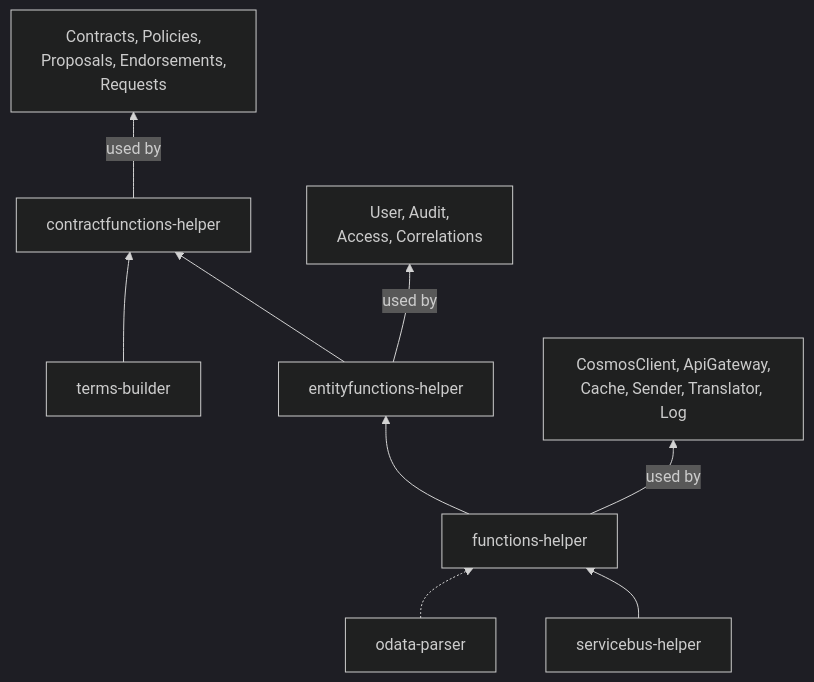
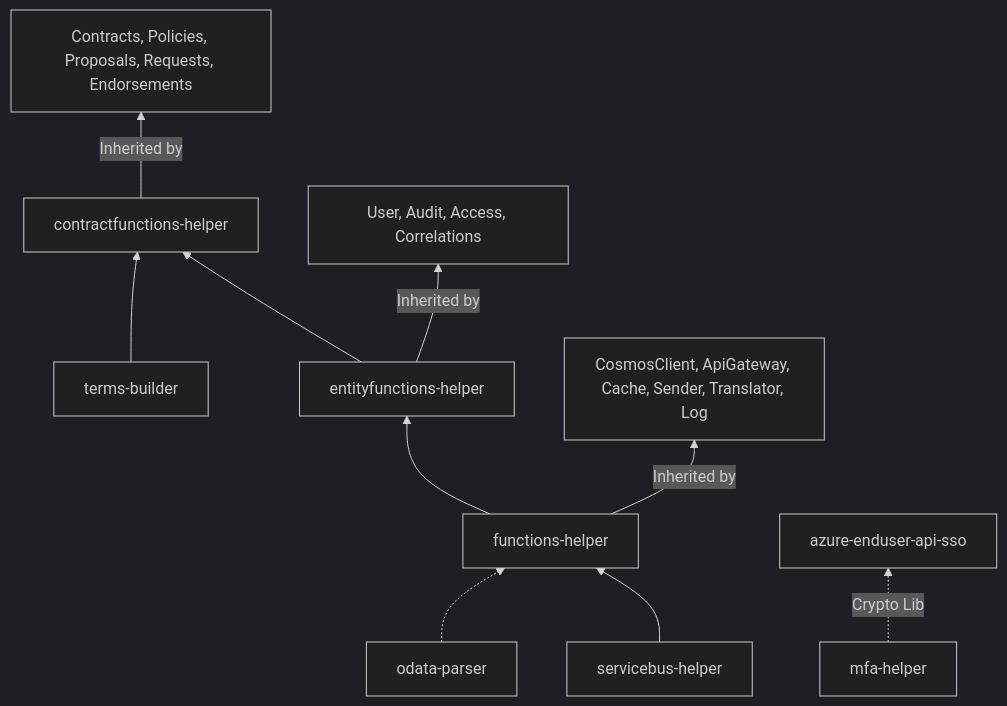
The second of 3 diagrams in README.md (alan-ar/locktonbrasil), drawn with Mermaid (dark theme) before and after one commit. The commit also changed other lines of this file, not shown here.

````diff
--- a/README.md
+++ b/README.md
@@ -83,13 +78,14 @@
 ```mermaid
 graph BT
     SB["servicebus-helper"] --> FN["functions-helper"]
     FN --> EF["entityfunctions-helper"]
     EF --> CF["contractfunctions-helper"]
     TB["terms-builder"] --> CF
     OP["odata-parser"] -.-> FN
+    MFA["mfa-helper"] -.-> |Crypto Lib| Auth["azure-enduser-api-sso"]
 
-    CF --> |used by| Contracts["Contracts, Policies,<br/>Proposals, Endorsements,<br/>Requests"]
-    EF --> |used by| Entities["User, Audit,<br/>Access, Correlations"]
-    FN --> |used by| Foundation["CosmosClient, ApiGateway,<br/>Cache, Sender, Translator, Log"]
+    CF --> |Inherited by| Contracts["Contracts, Policies, Proposals, Requests, Endorsements"]
+    EF --> |Inherited by| Entities["User, Audit, Access, Correlations"]
+    FN --> |Inherited by| Foundation["CosmosClient, ApiGateway, Cache, Sender, Translator, Log"]
 
 ```
````
